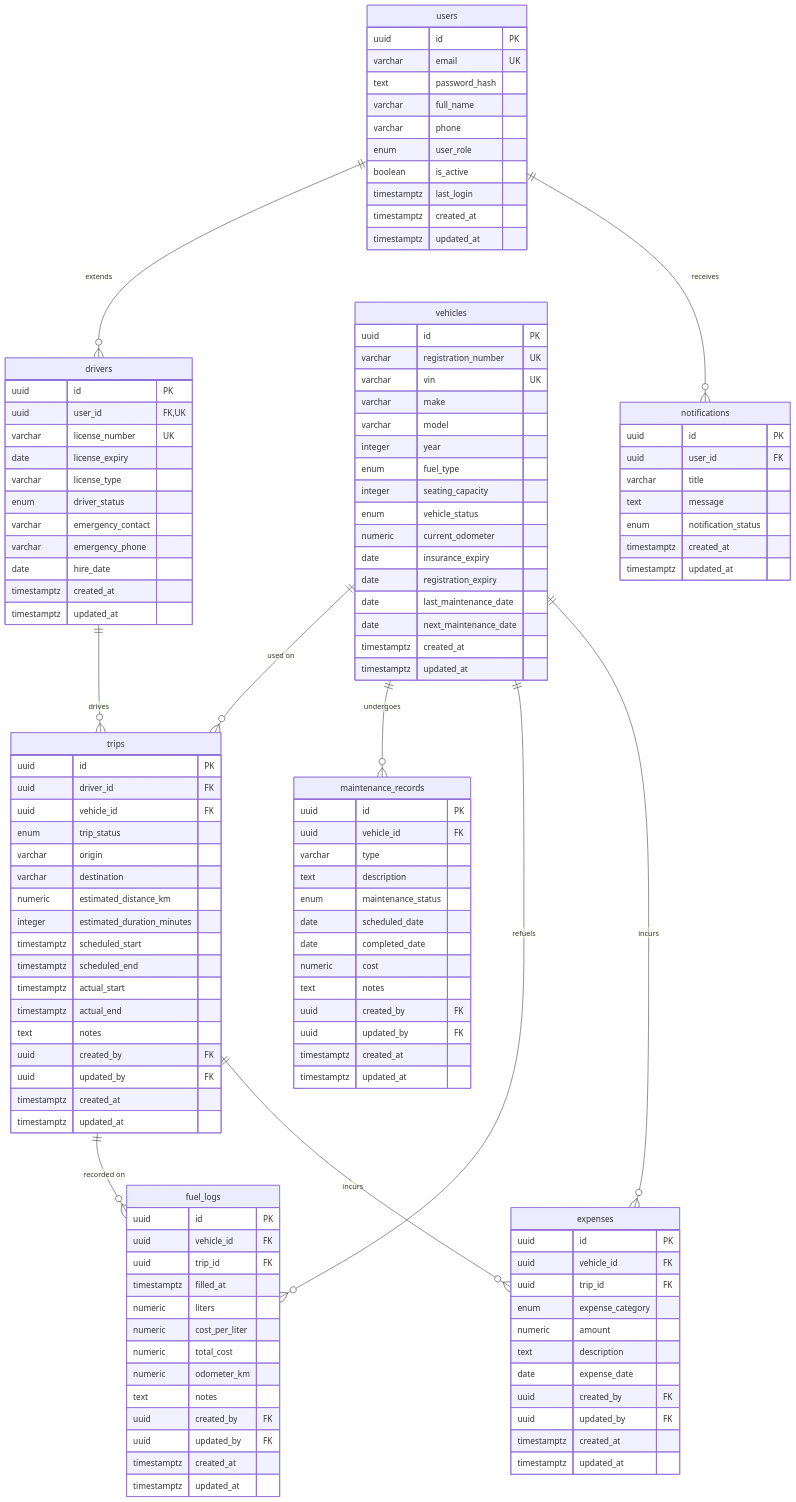
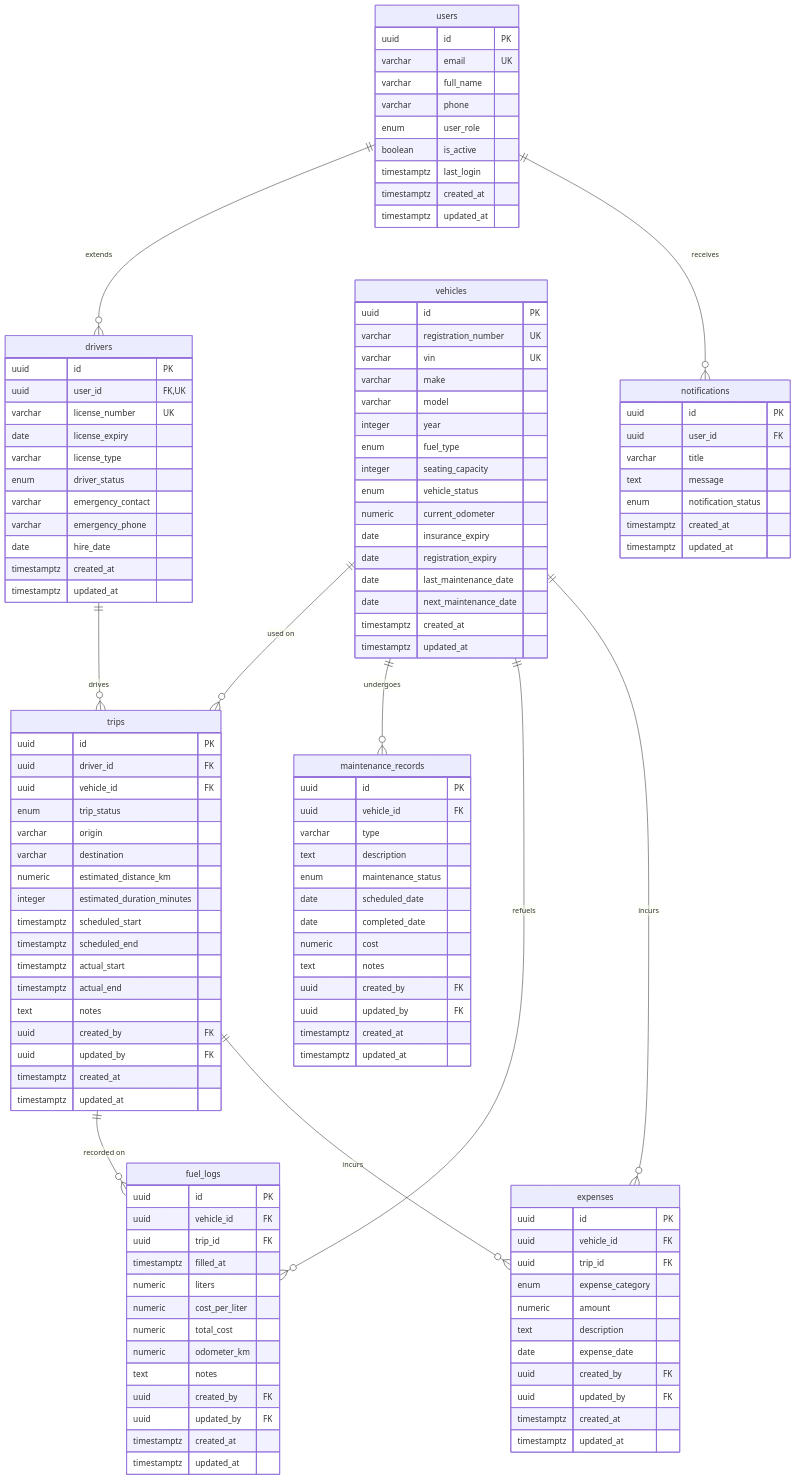
Before and after one commit to chinmay161/TransitOps: the diagram in docs/DATABASE_SCHEMA.md, drawn with Mermaid. The commit also changed other lines of this file and 12 other files, not shown here.

```diff
--- a/docs/DATABASE_SCHEMA.md
+++ b/docs/DATABASE_SCHEMA.md
@@ -49,7 +49,6 @@
     users {
         uuid id PK
         varchar email UK
-        text password_hash
         varchar full_name
         varchar phone
         enum user_role
```
